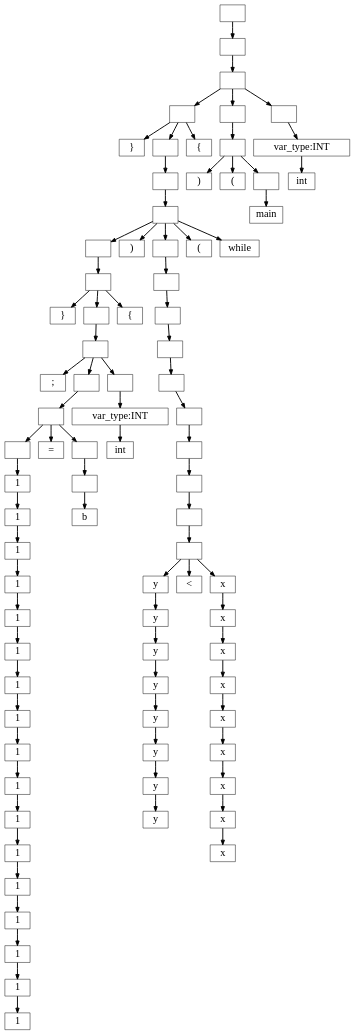
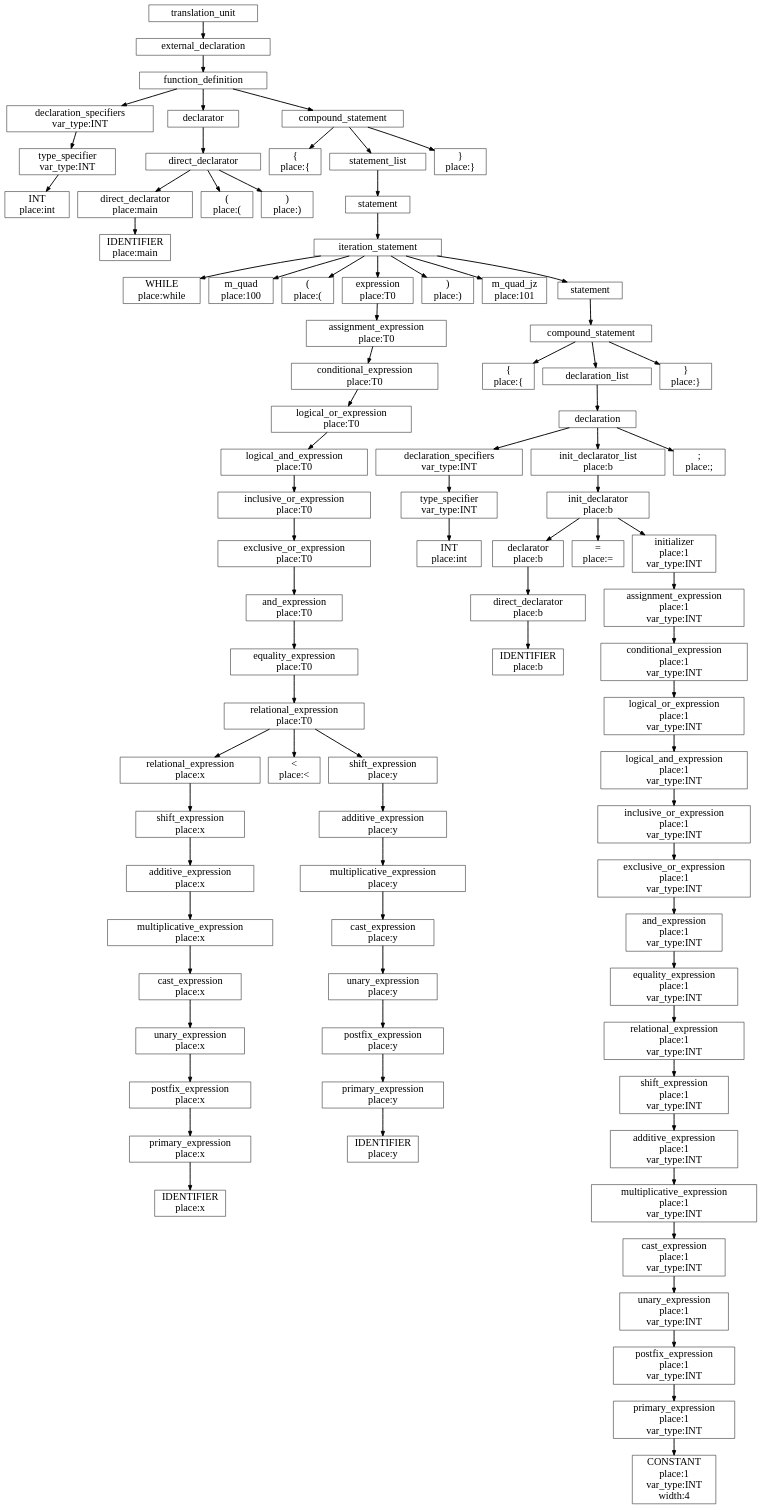
One commit to SleepinWei/compiler changed the diagram in asset/tree.dot. Above: the diagram before and after it, drawn with Graphviz. The commit also changed 14 other files, not shown here.

```diff
--- a/asset/tree.dot
+++ b/asset/tree.dot
@@ -1,171 +1,175 @@
 digraph btree{
 size = " 50, 50"; 
 fontsize = 10; 
 node [shape=box, fontsize=22, fontname=Consolas];
 edge [style=bold]
--1749380384[label=""];
--1749380384->-1724559920;
--1724559920[label=""];
--1724559920->-1724560736;
--1724560736[label=""];
--1724560736->-1724561552;
--1724561552[label=""];
--1724561552->-1750257472;
--1750257472[label="}"];
--1724561552->-1724561824;
--1724561824[label=""];
--1724561824->-1724562096;
--1724562096[label=""];
--1724562096->-1724562368;
--1724562368[label=""];
--1724562368->-1724562912;
--1724562912[label=""];
--1724562912->-1724557744;
--1724557744[label=""];
--1724557744->-1750255568;
--1750255568[label="}"];
--1724557744->-1724555568;
--1724555568[label=""];
--1724555568->-1724556384;
--1724556384[label=""];
--1724556384->-1750254480;
--1750254480[label=";"];
--1724556384->-1724559648;
--1724559648[label=""];
--1724559648->-1724558560;
--1724558560[label=""];
--1724558560->-1724556656;
--1724556656[label=""];
--1724556656->-1724561008;
--1724561008[label="1"];
--1724561008->-1724563184;
--1724563184[label="1"];
--1724563184->-1724562640;
--1724562640[label="1"];
--1724562640->-1724555840;
--1724555840[label="1"];
--1724555840->-1724558288;
--1724558288[label="1"];
--1724558288->-1724556928;
--1724556928[label="1"];
--1724556928->-1724560464;
--1724560464[label="1"];
--1724560464->-1724559104;
--1724559104[label="1"];
--1724559104->-1724558016;
--1724558016[label="1"];
--1724558016->-1724557472;
--1724557472[label="1"];
--1724557472->-1724561280;
--1724561280[label="1"];
--1724561280->-1724559376;
--1724559376[label="1"];
--1724559376->-1724558832;
--1724558832[label="1"];
--1724558832->-1724557200;
--1724557200[label="1"];
--1724557200->-1724560192;
--1724560192[label="1"];
--1724560192->-1724556112;
--1724556112[label="1"];
--1724556112->-1750254752;
--1750254752[label="1"];
--1724558560->-1750255840;
--1750255840[label="="];
--1724558560->-1749481424;
--1749481424[label=""];
--1749481424->-1749487680;
--1749487680[label=""];
--1749487680->-1750251488;
--1750251488[label="b"];
--1724556384->-1749483328;
--1749483328[label=""];
--1749483328->-1749483600;
--1749483600[label=" var_type:INT "];
--1749483600->-1750255024;
--1750255024[label="int"];
--1724557744->-1750251216;
--1750251216[label="{"];
--1724562368->-1750253120;
--1750253120[label=")"];
--1724562368->-1749485504;
--1749485504[label=""];
--1749485504->-1749487952;
--1749487952[label=""];
--1749487952->-1749485776;
--1749485776[label=""];
--1749485776->-1749484144;
--1749484144[label=""];
--1749484144->-1749482784;
--1749482784[label=""];
--1749482784->-1749483872;
--1749483872[label=""];
--1749483872->-1749481696;
--1749481696[label=""];
--1749481696->-1749481152;
--1749481152[label=""];
--1749481152->-1749486048;
--1749486048[label=""];
--1749486048->-1749484416;
--1749484416[label=""];
--1749484416->-1749481968;
--1749481968[label="y"];
--1749481968->-1749486592;
--1749486592[label="y"];
--1749486592->-1749486320;
--1749486320[label="y"];
--1749486320->-1749486864;
--1749486864[label="y"];
--1749486864->-1749480608;
--1749480608[label="y"];
--1749480608->-1749483056;
--1749483056[label="y"];
--1749483056->-1749482240;
--1749482240[label="y"];
--1749482240->-1750255296;
--1750255296[label="y"];
--1749484416->-1750250128;
--1750250128[label="<"];
--1749484416->-1749482512;
--1749482512[label="x"];
--1749482512->-1749487136;
--1749487136[label="x"];
--1749487136->-1749480880;
--1749480880[label="x"];
--1749480880->-1749484688;
--1749484688[label="x"];
--1749484688->-1749487408;
--1749487408[label="x"];
--1749487408->-1749480336;
--1749480336[label="x"];
--1749480336->-1749485232;
--1749485232[label="x"];
--1749485232->-1749484960;
--1749484960[label="x"];
--1749484960->-1750252576;
--1750252576[label="x"];
--1724562368->-1750256112;
--1750256112[label="("];
--1724562368->-1750253664;
--1750253664[label="while"];
--1724561552->-1750253936;
--1750253936[label="{"];
--1724560736->-1750252032;
--1750252032[label=""];
--1750252032->-1750257200;
--1750257200[label=""];
--1750257200->-1750250944;
--1750250944[label=")"];
--1750257200->-1750256384;
--1750256384[label="("];
--1750257200->-1750249856;
--1750249856[label=""];
--1750249856->-1750251760;
--1750251760[label="main"];
--1724560736->-1750252304;
--1750252304[label=""];
--1750252304->-1750256928;
--1750256928[label=" var_type:INT "];
--1750256928->-1750254208;
--1750254208[label="int"];
+212609568[label="translation_unit\n"];
+212609568->212609840;
+212609840[label="external_declaration\n"];
+212609840->212607936;
+212607936[label="function_definition\n"];
+212607936->136070464;
+136070464[label="declaration_specifiers\nvar_type:INT\n"];
+136070464->136070192;
+136070192[label="type_specifier\nvar_type:INT\n"];
+136070192->135972512;
+135972512[label="INT\nplace:int\n"];
+212607936->136074816;
+136074816[label="declarator\n"];
+136074816->136071552;
+136071552[label="direct_declarator\n"];
+136071552->136069648;
+136069648[label="direct_declarator\nplace:main\n"];
+136069648->135972784;
+135972784[label="IDENTIFIER\nplace:main\n"];
+136071552->136073456;
+136073456[label="(\nplace:(\n"];
+136071552->136075632;
+136075632[label=")\nplace:)\n"];
+212607936->212609024;
+212609024[label="compound_statement\n"];
+212609024->136072096;
+136072096[label="{\nplace:{\n"];
+212609024->212612016;
+212612016[label="statement_list\n"];
+212612016->212611744;
+212611744[label="statement\n"];
+212611744->212612560;
+212612560[label="iteration_statement\n"];
+212612560->136076176;
+136076176[label="WHILE\nplace:while\n"];
+212612560->136073728;
+136073728[label="m_quad\nplace:100\n"];
+212612560->136071824;
+136071824[label="(\nplace:(\n"];
+212612560->136883488;
+136883488[label="expression\nplace:T0\n"];
+136883488->136878592;
+136878592[label="assignment_expression\nplace:T0\n"];
+136878592->136885120;
+136885120[label="conditional_expression\nplace:T0\n"];
+136885120->136881040;
+136881040[label="logical_or_expression\nplace:T0\n"];
+136881040->136883216;
+136883216[label="logical_and_expression\nplace:T0\n"];
+136883216->136877504;
+136877504[label="inclusive_or_expression\nplace:T0\n"];
+136877504->136882944;
+136882944[label="exclusive_or_expression\nplace:T0\n"];
+136882944->136882400;
+136882400[label="and_expression\nplace:T0\n"];
+136882400->136879952;
+136879952[label="equality_expression\nplace:T0\n"];
+136879952->136878048;
+136878048[label="relational_expression\nplace:T0\n"];
+136878048->136880768;
+136880768[label="relational_expression\nplace:x\n"];
+136880768->136884032;
+136884032[label="shift_expression\nplace:x\n"];
+136884032->136882128;
+136882128[label="additive_expression\nplace:x\n"];
+136882128->136073184;
+136073184[label="multiplicative_expression\nplace:x\n"];
+136073184->136072912;
+136072912[label="cast_expression\nplace:x\n"];
+136072912->136072640;
+136072640[label="unary_expression\nplace:x\n"];
+136072640->136072368;
+136072368[label="postfix_expression\nplace:x\n"];
+136072368->136070736;
+136070736[label="primary_expression\nplace:x\n"];
+136070736->136075360;
+136075360[label="IDENTIFIER\nplace:x\n"];
+136878048->136068560;
+136068560[label="<\nplace:<\n"];
+136878048->136881584;
+136881584[label="shift_expression\nplace:y\n"];
+136881584->136880496;
+136880496[label="additive_expression\nplace:y\n"];
+136880496->136884304;
+136884304[label="multiplicative_expression\nplace:y\n"];
+136884304->136878320;
+136878320[label="cast_expression\nplace:y\n"];
+136878320->136881312;
+136881312[label="unary_expression\nplace:y\n"];
+136881312->136882672;
+136882672[label="postfix_expression\nplace:y\n"];
+136882672->136877776;
+136877776[label="primary_expression\nplace:y\n"];
+136877776->136074000;
+136074000[label="IDENTIFIER\nplace:y\n"];
+212612560->136075904;
+136075904[label=")\nplace:)\n"];
+212612560->136884848;
+136884848[label="m_quad_jz\nplace:101\n"];
+212612560->212607392;
+212607392[label="statement\n"];
+212607392->212610112;
+212610112[label="compound_statement\n"];
+212610112->136074272;
+136074272[label="{\nplace:{\n"];
+212610112->212608752;
+212608752[label="declaration_list\n"];
+212608752->212614736;
+212614736[label="declaration\n"];
+212614736->136883760;
+136883760[label="declaration_specifiers\nvar_type:INT\n"];
+136883760->136878864;
+136878864[label="type_specifier\nvar_type:INT\n"];
+136878864->136071280;
+136071280[label="INT\nplace:int\n"];
+212614736->212613376;
+212613376[label="init_declarator_list\nplace:b\n"];
+212613376->212611472;
+212611472[label="init_declarator\nplace:b\n"];
+212611472->136881856;
+136881856[label="declarator\nplace:b\n"];
+136881856->136879136;
+136879136[label="direct_declarator\nplace:b\n"];
+136879136->136069920;
+136069920[label="IDENTIFIER\nplace:b\n"];
+212611472->136075088;
+136075088[label="=\nplace:=\n"];
+212611472->212611200;
+212611200[label="initializer\nplace:1\nvar_type:INT\n"];
+212611200->212608480;
+212608480[label="assignment_expression\nplace:1\nvar_type:INT\n"];
+212608480->212614464;
+212614464[label="conditional_expression\nplace:1\nvar_type:INT\n"];
+212614464->212614192;
+212614192[label="logical_or_expression\nplace:1\nvar_type:INT\n"];
+212614192->212612832;
+212612832[label="logical_and_expression\nplace:1\nvar_type:INT\n"];
+212612832->212612288;
+212612288[label="inclusive_or_expression\nplace:1\nvar_type:INT\n"];
+212612288->212613920;
+212613920[label="exclusive_or_expression\nplace:1\nvar_type:INT\n"];
+212613920->212610928;
+212610928[label="and_expression\nplace:1\nvar_type:INT\n"];
+212610928->212607664;
+212607664[label="equality_expression\nplace:1\nvar_type:INT\n"];
+212607664->212613648;
+212613648[label="relational_expression\nplace:1\nvar_type:INT\n"];
+212613648->212610656;
+212610656[label="shift_expression\nplace:1\nvar_type:INT\n"];
+212610656->212607120;
+212607120[label="additive_expression\nplace:1\nvar_type:INT\n"];
+212607120->212609296;
+212609296[label="multiplicative_expression\nplace:1\nvar_type:INT\n"];
+212609296->136880224;
+136880224[label="cast_expression\nplace:1\nvar_type:INT\n"];
+136880224->136879680;
+136879680[label="unary_expression\nplace:1\nvar_type:INT\n"];
+136879680->136879408;
+136879408[label="postfix_expression\nplace:1\nvar_type:INT\n"];
+136879408->136884576;
+136884576[label="primary_expression\nplace:1\nvar_type:INT\n"];
+136884576->136069376;
+136069376[label="CONSTANT\nplace:1\nvar_type:INT\nwidth:4"];
+212614736->136068832;
+136068832[label=";\nplace:;\n"];
+212610112->136074544;
+136074544[label="}\nplace:}\n"];
+212609024->136069104;
+136069104[label="}\nplace:}\n"];
 }
```
